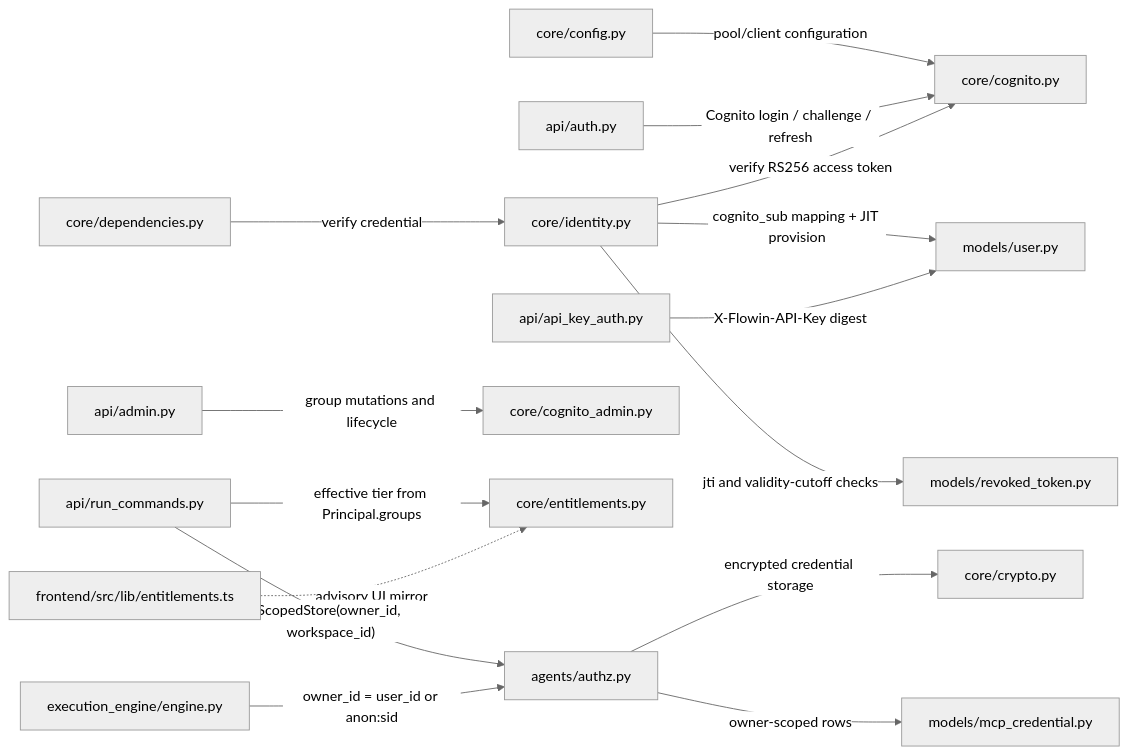
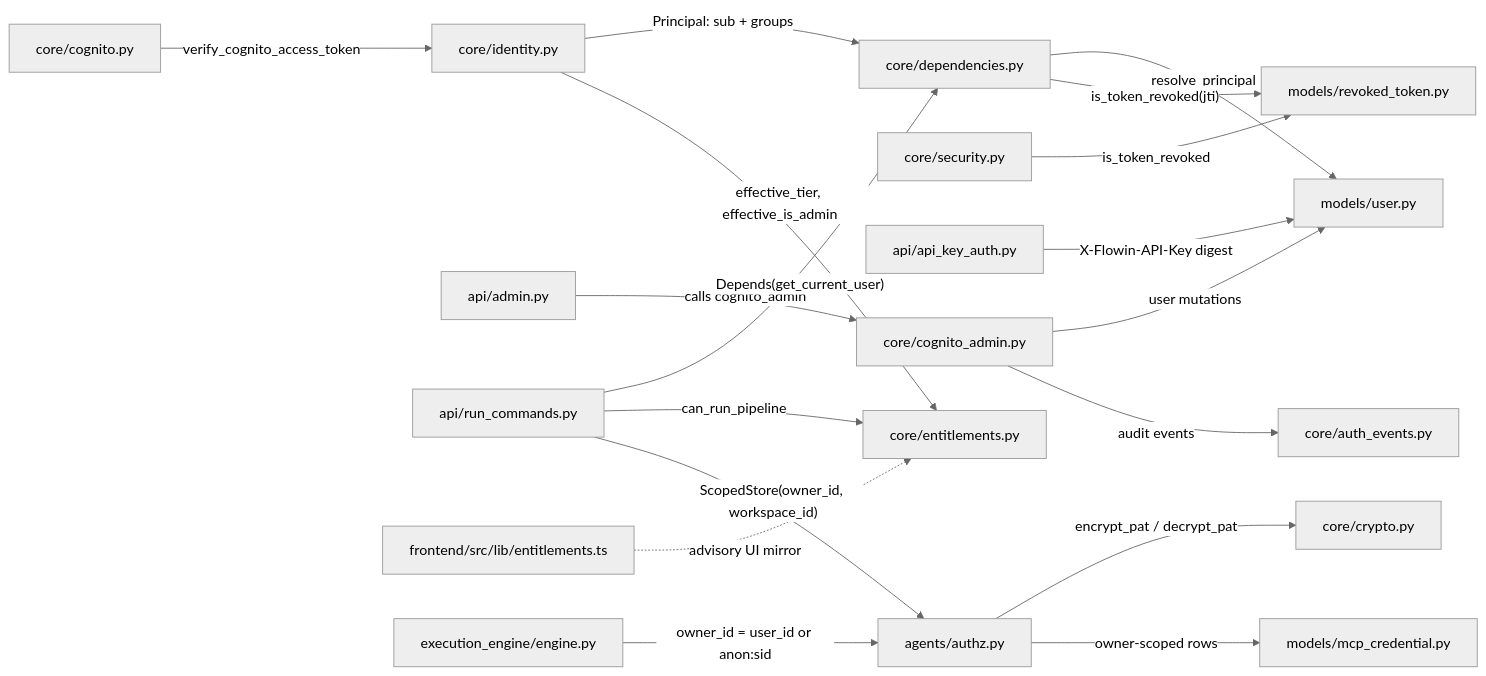
One commit to prateek-sinha7/IdeaFlowAI changed the second of 16 diagrams in .knowledge/ARCHITECTURE.md. Above: the diagram before and after it, drawn with Mermaid (neutral theme). The commit also changed other lines of this file and 4493 other files, not shown here.

````diff
--- a/.knowledge/ARCHITECTURE.md
+++ b/.knowledge/ARCHITECTURE.md
@@ -135,17 +135,20 @@
 ```mermaid
 flowchart LR
-  config["core/config.py"] -->|"pool/client configuration"| cognito["core/cognito.py"]
-  auth["api/auth.py"] -->|"Cognito login / challenge / refresh"| cognito
-  deps["core/dependencies.py"] -->|"verify credential"| identity["core/identity.py"]
-  identity -->|"verify RS256 access token"| cognito
-  identity -->|"cognito_sub mapping + JIT provision"| user["models/user.py"]
-  identity -->|"jti and validity-cutoff checks"| revoked["models/revoked_token.py"]
+  cognito_m["core/cognito.py"] -->|"verify_cognito_access_token"| identity["core/identity.py"]
+  identity -->|"Principal: sub + groups"| deps["core/dependencies.py"]
+  deps -->|"resolve_principal"| user["models/user.py"]
+  deps -->|"is_token_revoked(jti)"| revoked["models/revoked_token.py"]
+  security["core/security.py"] -->|"is_token_revoked"| revoked
   apikey["api/api_key_auth.py"] -->|"X-Flowin-API-Key digest"| user
-  admin["api/admin.py"] -->|"group mutations and lifecycle"| lifecycle["core/cognito_admin.py"]
-  runcmd["api/run_commands.py"] -->|"effective tier from Principal.groups"| ent["core/entitlements.py"]
+  admin["api/admin.py"] -->|"calls cognito_admin"| ca["core/cognito_admin.py"]
+  ca -->|"user mutations"| user
+  ca -->|"audit events"| auth_events["core/auth_events.py"]
+  runcmd["api/run_commands.py"] -->|"Depends(get_current_user)"| deps
+  identity -->|"effective_tier, effective_is_admin"| ent["core/entitlements.py"]
+  runcmd -->|"can_run_pipeline"| ent
   fe["frontend/src/lib/entitlements.ts"] -.->|"advisory UI mirror"| ent
   runcmd -->|"ScopedStore(owner_id, workspace_id)"| authz["agents/authz.py"]
   engine["execution_engine/engine.py"] -->|"owner_id = user_id or anon:sid"| authz
-  authz -->|"encrypted credential storage"| crypto["core/crypto.py"]
+  authz -->|"encrypt_pat / decrypt_pat"| crypto["core/crypto.py"]
   authz -->|"owner-scoped rows"| mcpcred["models/mcp_credential.py"]
 ```
````
